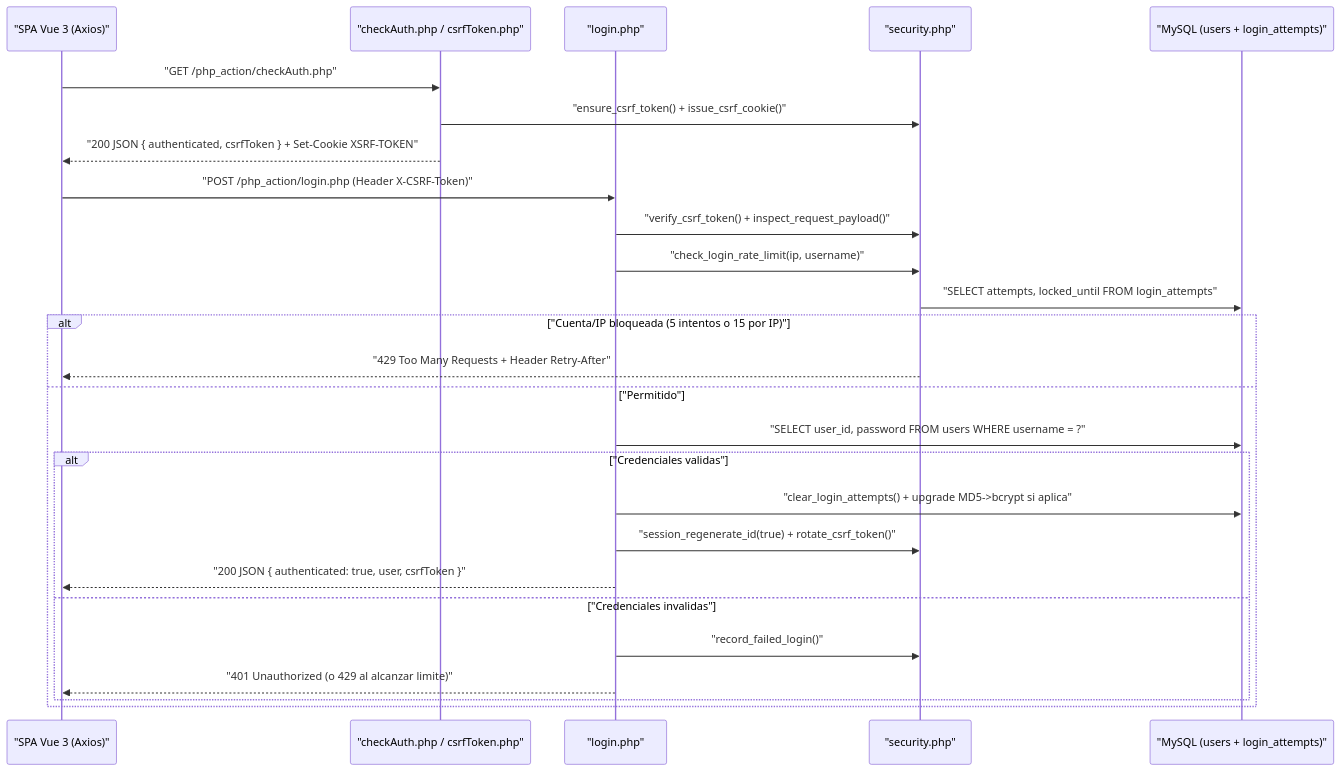
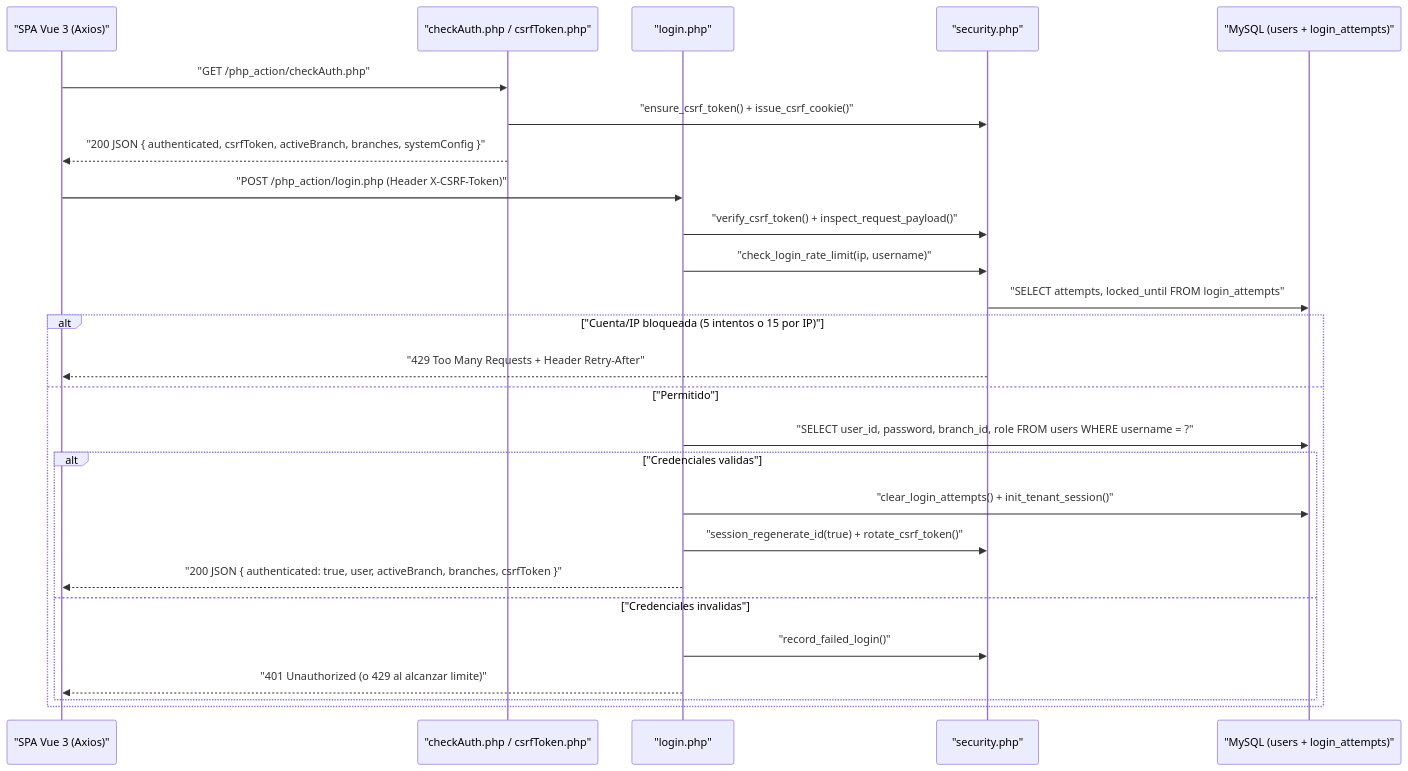
The third of 4 diagrams in PDR.md (gercova/stock-bartolo), drawn with Mermaid before and after one commit. The commit also changed other lines of this file and 88 other files, not shown here.

````diff
--- a/PDR.md
+++ b/PDR.md
@@ -44,30 +73,30 @@
 ```mermaid
 sequenceDiagram
     participant C as "SPA Vue 3 (Axios)"
     participant G as "checkAuth.php / csrfToken.php"
     participant L as "login.php"
     participant S as "security.php"
     participant DB as "MySQL (users + login_attempts)"
 
     C->>G: "GET /php_action/checkAuth.php"
     G->>S: "ensure_csrf_token() + issue_csrf_cookie()"
-    G-->>C: "200 JSON { authenticated, csrfToken } + Set-Cookie XSRF-TOKEN"
+    G-->>C: "200 JSON { authenticated, csrfToken, activeBranch, branches, systemConfig }"
 
     C->>L: "POST /php_action/login.php (Header X-CSRF-Token)"
     L->>S: "verify_csrf_token() + inspect_request_payload()"
     L->>S: "check_login_rate_limit(ip, username)"
     S->>DB: "SELECT attempts, locked_until FROM login_attempts"
     alt "Cuenta/IP bloqueada (5 intentos o 15 por IP)"
         S-->>C: "429 Too Many Requests + Header Retry-After"
     else "Permitido"
-        L->>DB: "SELECT user_id, password FROM users WHERE username = ?"
+        L->>DB: "SELECT user_id, password, branch_id, role FROM users WHERE username = ?"
         alt "Credenciales validas"
-            L->>DB: "clear_login_attempts() + upgrade MD5->bcrypt si aplica"
+            L->>DB: "clear_login_attempts() + init_tenant_session()"
             L->>S: "session_regenerate_id(true) + rotate_csrf_token()"
-            L-->>C: "200 JSON { authenticated: true, user, csrfToken }"
+            L-->>C: "200 JSON { authenticated: true, user, activeBranch, branches, csrfToken }"
         else "Credenciales invalidas"
             L->>S: "record_failed_login()"
             L-->>C: "401 Unauthorized (o 429 al alcanzar limite)"
         end
     end
 ```
````
